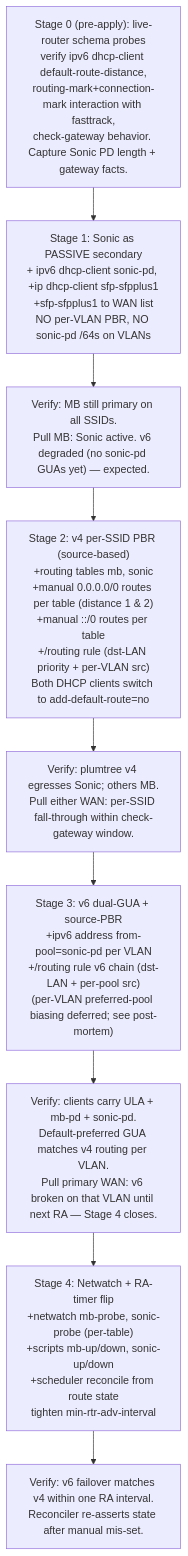
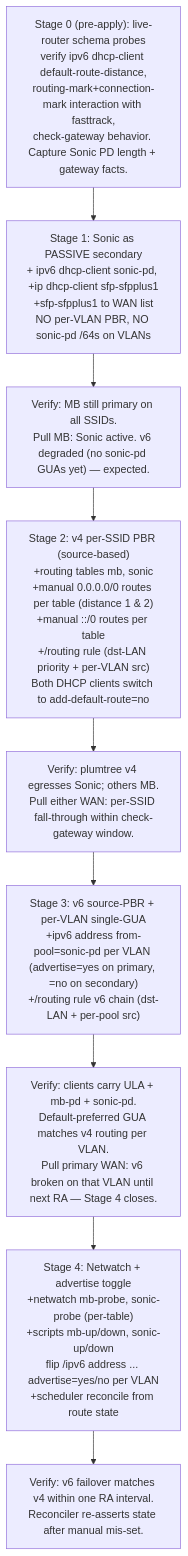
Before and after one commit to gkanapathy/network-management: the diagram in mikrotik-router/SONIC-PLAN.md, drawn with Mermaid. The commit also changed other lines of this file and 5 other files, not shown here.

````diff
--- a/mikrotik-router/SONIC-PLAN.md
+++ b/mikrotik-router/SONIC-PLAN.md
@@ -20,13 +20,13 @@
 ```mermaid
 flowchart TD
     S0["Stage 0 (pre-apply): live-router schema probes<br/>verify ipv6 dhcp-client default-route-distance,<br/>routing-mark+connection-mark interaction with fasttrack,<br/>check-gateway behavior. Capture Sonic PD length + gateway facts."]
     S1["Stage 1: Sonic as PASSIVE secondary<br/>+ ipv6 dhcp-client sonic-pd, +ip dhcp-client sfp-sfpplus1<br/>+sfp-sfpplus1 to WAN list<br/>NO per-VLAN PBR, NO sonic-pd /64s on VLANs"]
     S2["Stage 2: v4 per-SSID PBR (source-based)<br/>+routing tables mb, sonic<br/>+manual 0.0.0.0/0 routes per table (distance 1 & 2)<br/>+manual ::/0 routes per table<br/>+/routing rule (dst-LAN priority + per-VLAN src)<br/>Both DHCP clients switch to add-default-route=no"]
-    S3["Stage 3: v6 dual-GUA + source-PBR<br/>+ipv6 address from-pool=sonic-pd per VLAN<br/>+/routing rule v6 chain (dst-LAN + per-pool src)<br/>(per-VLAN preferred-pool biasing deferred; see post-mortem)"]
-    S4["Stage 4: Netwatch + RA-timer flip<br/>+netwatch mb-probe, sonic-probe (per-table)<br/>+scripts mb-up/down, sonic-up/down<br/>+scheduler reconcile from route state<br/>tighten min-rtr-adv-interval"]
+    S3["Stage 3: v6 source-PBR + per-VLAN single-GUA<br/>+ipv6 address from-pool=sonic-pd per VLAN (advertise=yes on primary, =no on secondary)<br/>+/routing rule v6 chain (dst-LAN + per-pool src)"]
+    S4["Stage 4: Netwatch + advertise toggle<br/>+netwatch mb-probe, sonic-probe (per-table)<br/>+scripts mb-up/down, sonic-up/down<br/>flip /ipv6 address ... advertise=yes/no per VLAN<br/>+scheduler reconcile from route state"]
     Verify1["Verify: MB still primary on all SSIDs.<br/>Pull MB: Sonic active. v6 degraded (no sonic-pd GUAs yet) — expected."]
     Verify2["Verify: plumtree v4 egresses Sonic; others MB.<br/>Pull either WAN: per-SSID fall-through within check-gateway window."]
     Verify3["Verify: clients carry ULA + mb-pd + sonic-pd.<br/>Default-preferred GUA matches v4 routing per VLAN.<br/>Pull primary WAN: v6 broken on that VLAN until next RA — Stage 4 closes."]
     Verify4["Verify: v6 failover matches v4 within one RA interval.<br/>Reconciler re-asserts state after manual mis-set."]
     S0 --> S1 --> Verify1 --> S2 --> Verify2 --> S3 --> Verify3 --> S4 --> Verify4
 ```
````
